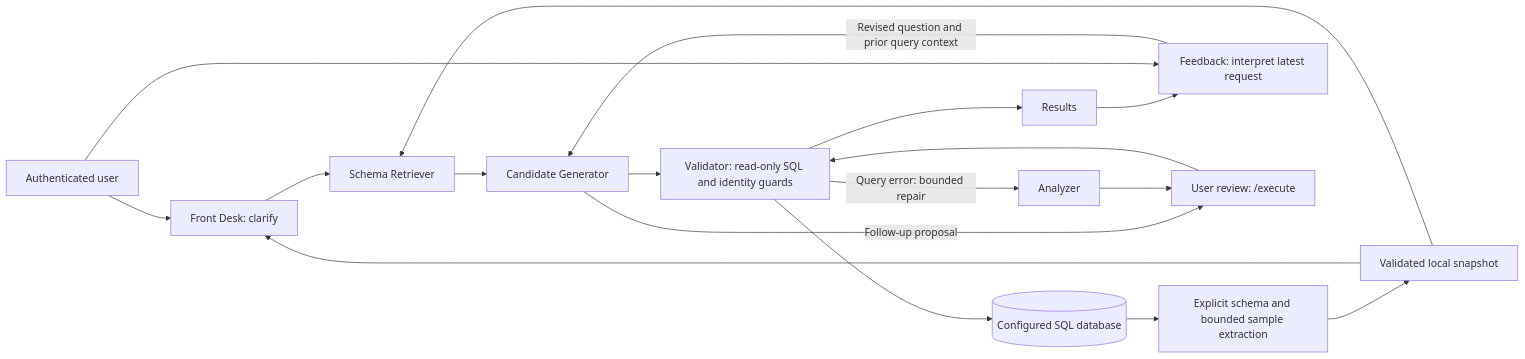
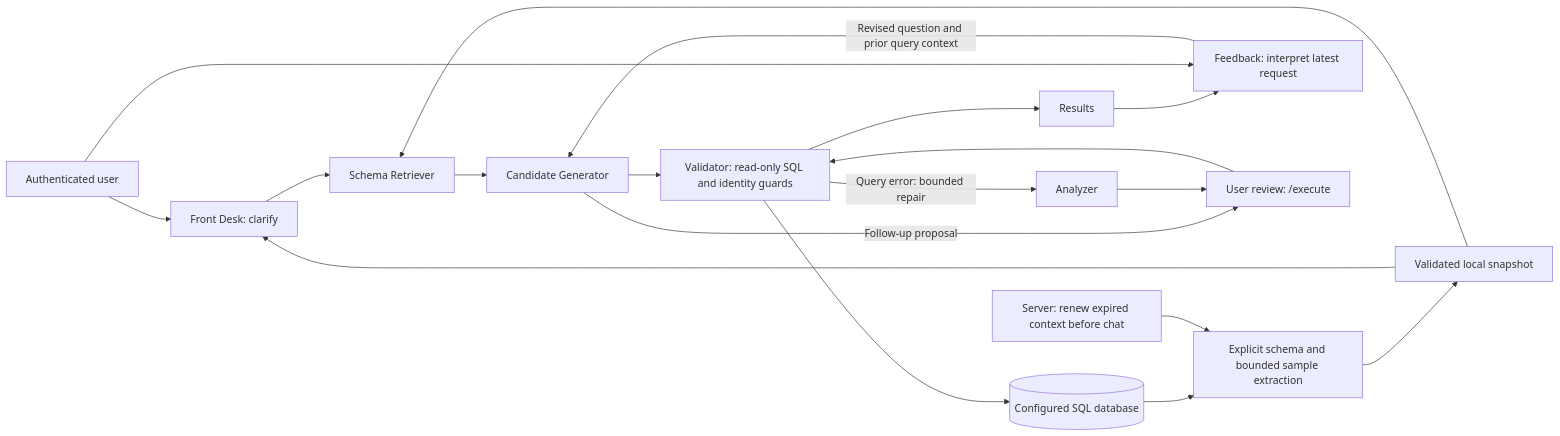
Before and after one commit to AM-Hejazi/DB-Mind-Azure-Demo: the diagram in README.md, drawn with Mermaid. The commit also changed other lines of this file, not shown here.

````diff
--- a/README.md
+++ b/README.md
@@ -25,20 +32,21 @@
 ```mermaid
 flowchart LR
     User[Authenticated user] --> FD[Front Desk: clarify]
     DB[(Configured SQL database)] --> Discovery[Explicit schema and bounded sample extraction]
     Discovery --> Cache[Validated local snapshot]
+    Renewal[Server: renew expired context before chat] --> Discovery
     Cache --> FD
     FD --> SR[Schema Retriever]
     Cache --> SR
     SR --> CG[Candidate Generator]
     CG --> V[Validator: read-only SQL and identity guards]
     V --> DB
     V --> Results[Results]
     Results --> FA[Feedback: interpret latest request]
     User --> FA
     FA -->|Revised question and prior query context| CG
     CG -->|Follow-up proposal| Review[User review: /execute]
     Review --> V
     V -->|Query error: bounded repair| AN[Analyzer]
     AN --> Review
 ```
````
